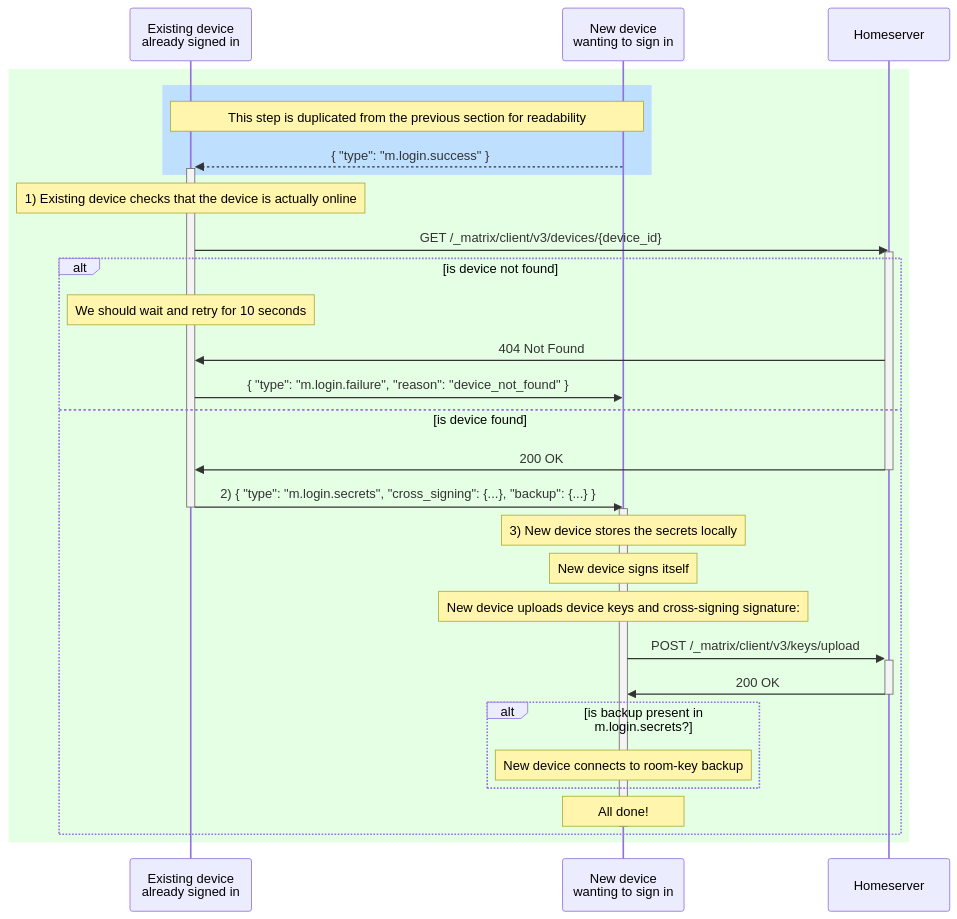
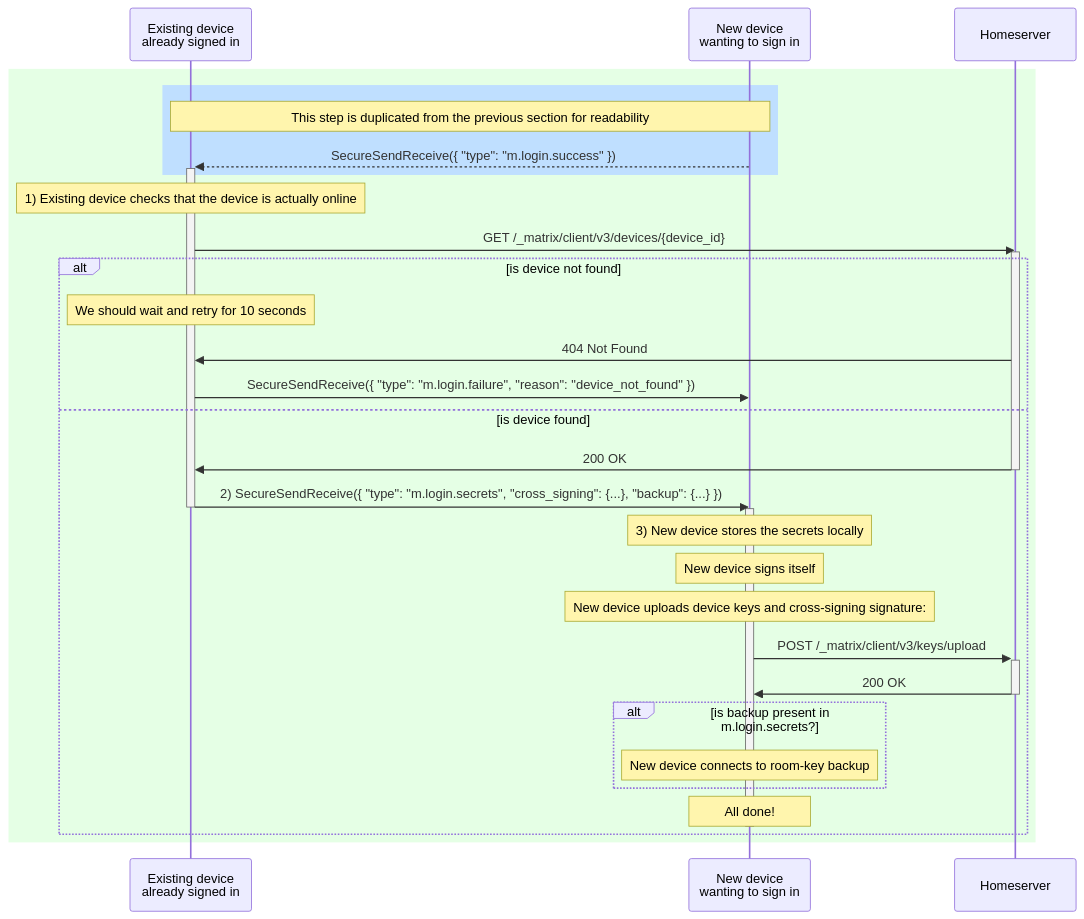
One commit to matrix-org/matrix-spec-proposals changed the sixth of 6 diagrams in proposals/4108-oidc-qr-login.md. Above: the diagram before and after it, drawn with Mermaid. The commit also changed other lines of this file, not shown here.

````diff
--- a/proposals/4108-oidc-qr-login.md
+++ b/proposals/4108-oidc-qr-login.md
@@ -1150,43 +1154,43 @@
 ```mermaid
 sequenceDiagram
     participant E as Existing device <br>already signed in
     participant N as New device <br>wanting to sign in
     participant HS as Homeserver
 
     rect rgba(0,255,0, 0.1)
             rect rgb(191, 223, 255)
 note over N,E: This step is duplicated from the previous section for readability
-              N-->>+E: { "type": "m.login.success" }
+              N-->>+E: SecureSendReceive({ "type": "m.login.success" })
             end
 
             Note over E: 1) Existing device checks that the device is actually online
             E->>HS: GET /_matrix/client/v3/devices/{device_id}
 activate HS
 
             alt is device not found
               note over E: We should wait and retry for 10 seconds
               HS->>E: 404 Not Found
-              E->>N: { "type": "m.login.failure", "reason": "device_not_found" }
+              E->>N: SecureSendReceive({ "type": "m.login.failure", "reason": "device_not_found" })
             else is device found
               HS->>E: 200 OK
 deactivate HS
 
-              E->>-N: 2) { "type": "m.login.secrets", "cross_signing": {...}, "backup": {...} }
+              E->>-N: 2) SecureSendReceive({ "type": "m.login.secrets", "cross_signing": {...}, "backup": {...} })
 
               activate N
               note over N: 3) New device stores the secrets locally
 
 note over N: New device signs itself
               note over N: New device uploads device keys and cross-signing signature:
               N->>+HS: POST /_matrix/client/v3/keys/upload
               HS->>-N: 200 OK
 
 alt is backup present in m.login.secrets?
               note over N: New device connects to room-key backup
 end
 
 note over N: All done!
               deactivate N
             end
     end
 ```
````
